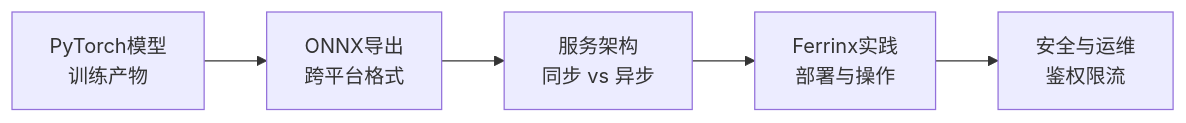
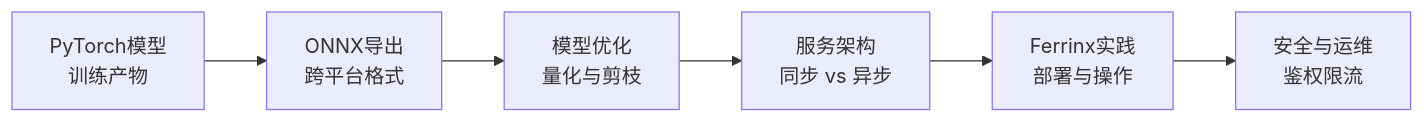
One commit to Anson2251/ulink-deeplearningclub-handouts changed the diagram in source/model-serving/introduction.md. Above: the diagram before and after it, drawn with Mermaid. The commit also changed other lines of this file and 15 other files, not shown here.

````diff
--- a/source/model-serving/introduction.md
+++ b/source/model-serving/introduction.md
@@ -91,7 +95,8 @@
 ```{mermaid}
 graph LR
     A[PyTorch模型<br/>训练产物] --> B[ONNX导出<br/>跨平台格式]
-    B --> C[服务架构<br/>同步 vs 异步]
-    C --> D[Ferrinx实践<br/>部署与操作]
-    D --> E[安全与运维<br/>鉴权限流]
+    B --> C[模型优化<br/>量化与剪枝]
+    C --> D[服务架构<br/>同步 vs 异步]
+    D --> E[Ferrinx实践<br/>部署与操作]
+    E --> F[安全与运维<br/>鉴权限流]
 ```
````
